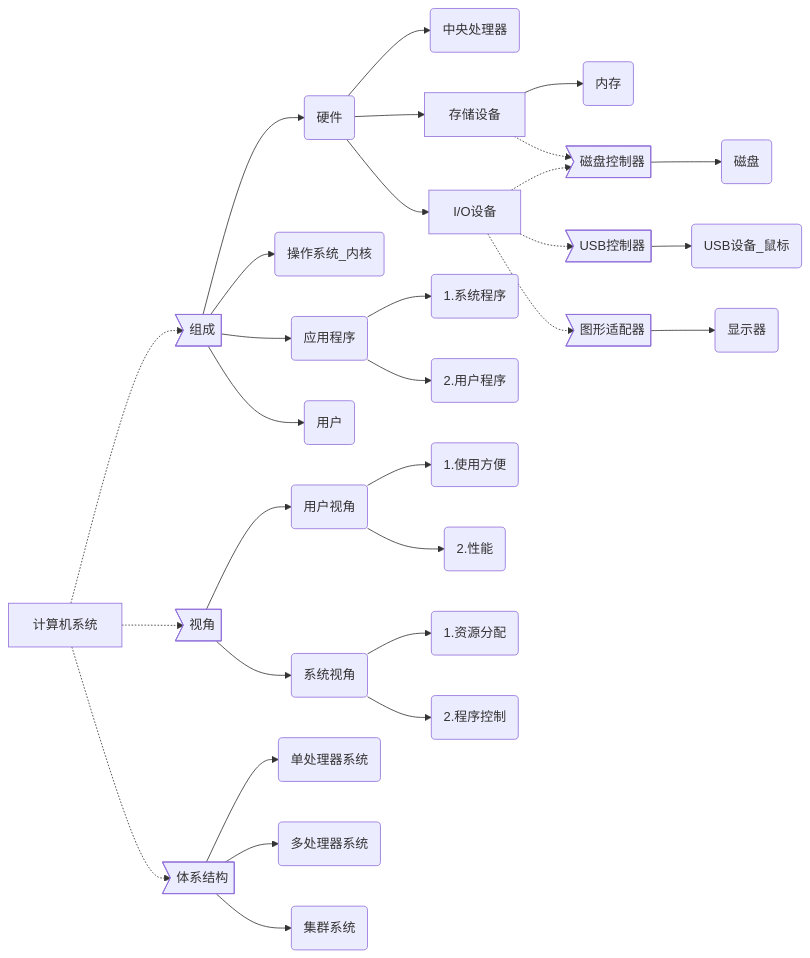
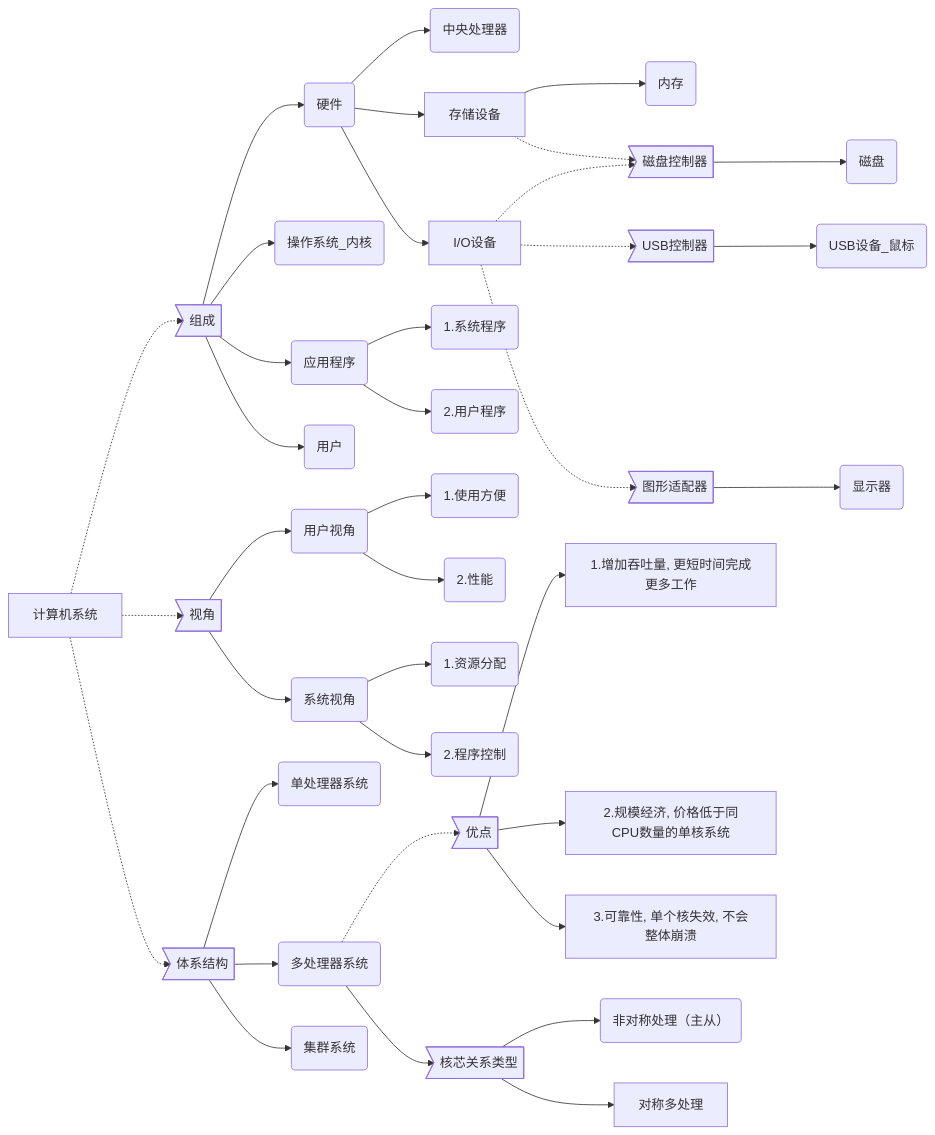
The diagram in src/main/resources/docs/01_操作系统小结.md (Jinhua-Lee/Learning), drawn with Mermaid before and after one commit.

Commit message:
something

````diff
--- a/src/main/resources/docs/01_操作系统小结.md
+++ b/src/main/resources/docs/01_操作系统小结.md
@@ -5,36 +5,45 @@
 ```mermaid
 graph LR
 main[计算机系统] -.-> component>组成]
 component --> hardware(硬件)
 component --> os(操作系统_内核)
 component --> app(应用程序)
 component --> user(用户)
 
 hardware --> cpu(中央处理器)
 hardware --> storage[存储设备]
 storage --> memory(内存)
 storage -.-> disk_ctrl>磁盘控制器]
 disk_ctrl --> disk(磁盘)
 hardware --> io_dev[I/O设备]
 io_dev -.-> disk_ctrl
 io_dev -.-> usb_ctrl>USB控制器]
 usb_ctrl --> usb_dev(USB设备_鼠标)
 io_dev -.-> graph_adapter>图形适配器]
 graph_adapter --> screen(显示器)
 
 main -.-> view>视角]
 view --> user_view(用户视角)
 user_view --> convenience(1.使用方便)
 user_view --> performance(2.性能)
 view --> sys_view(系统视角)
 sys_view --> res_allocate(1.资源分配)
 sys_view --> prog_control(2.程序控制)
 
 app --> sys_app(1.系统程序)
 app --> user_app(2.用户程序)
 
 main -.-> architecture>体系结构]
 architecture --> single_cpu(单处理器系统)
 architecture --> multi_cpu(多处理器系统)
 architecture --> cluster(集群系统)
+
+multi_cpu -.-> m_advantages>优点]
+m_advantages --> throughput[1.增加吞吐量, 更短时间完成更多工作]
+m_advantages --> economies[2.规模经济, 价格低于同CPU数量的单核系统]
+m_advantages --> reliability[3.可靠性, 单个核失效, 不会整体崩溃]
+
+multi_cpu --> m_type>核芯关系类型]
+m_type --> asymmertric("非对称处理（主从）")
+m_type --> symmertric[对称多处理]
 ```
````
